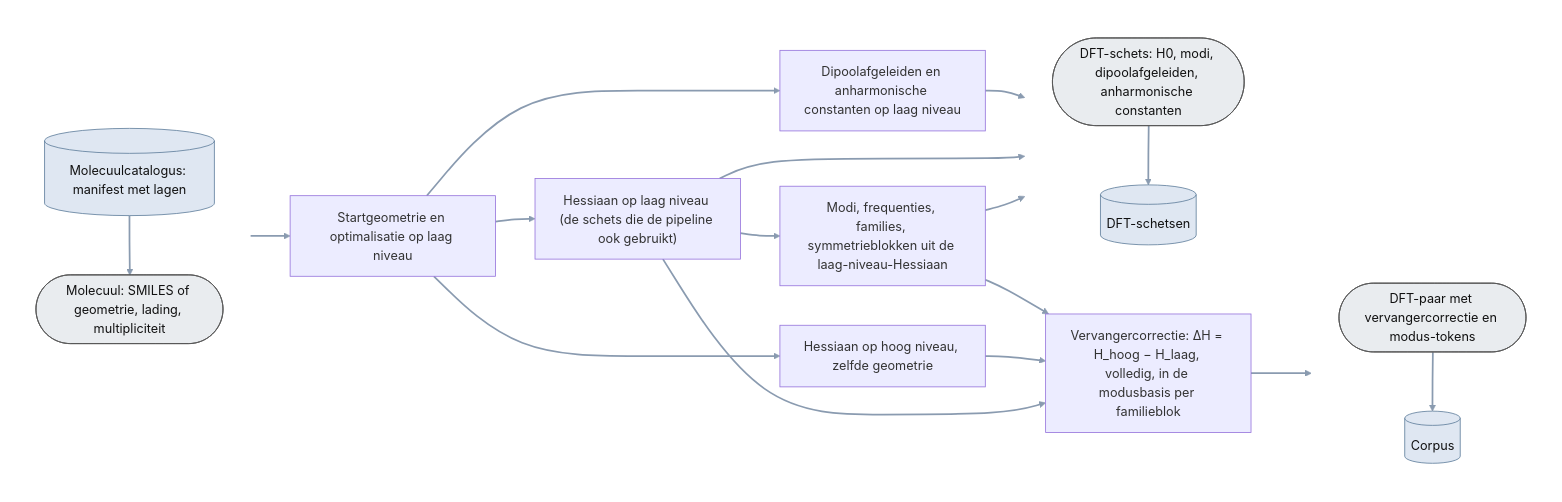
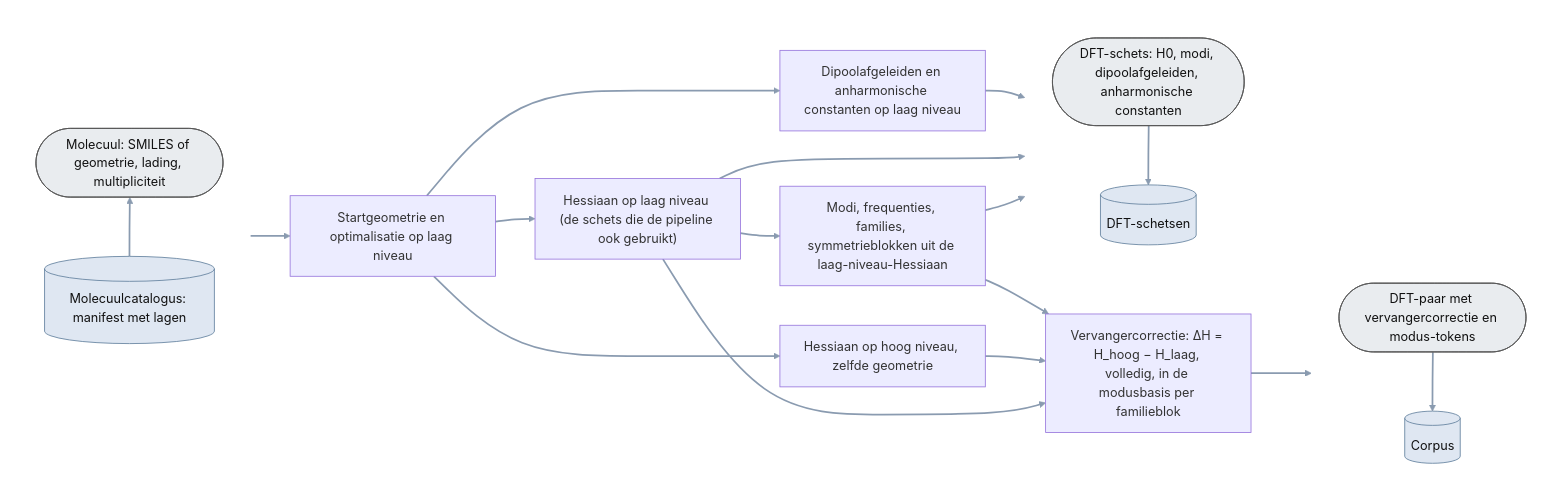
Before and after one commit to thebreadishard/udacity-capstone-plan: the third of 8 diagrams in plans/05_delta-probed-ir-pipeline/GoalGathering/architecture/ARCHITECTURE.md, drawn with Mermaid. The commit also changed other lines of this file and 5 other files, not shown here.

Commit message:
Plan 05 architecture: input stores drawn below their data objects with the arrow pointing up (direction BT), output stores below with the arrow down; all sheets

````diff
--- a/plans/05_delta-probed-ir-pipeline/GoalGathering/architecture/ARCHITECTURE.md
+++ b/plans/05_delta-probed-ir-pipeline/GoalGathering/architecture/ARCHITECTURE.md
@@ -136,46 +136,46 @@
 ```mermaid
 %% Datacreatie — het corpus: twee DFT-Hessianen per molecuul en wat eruit volgt (niveau 3).
 %% Rechthoek = processtap; ronde uiteinden = data-object; cilinder = opslag (onder het data-object). Alles bestaat.
 flowchart LR
   linkStyle default stroke:#8a9bb0,stroke-width:2.2px
   classDef data fill:#e9ecef,stroke:#555,color:#111
   classDef store fill:#dfe7f2,stroke:#5b7a99,color:#111
 
   subgraph IN [" "]
-    direction TB
+    direction BT
     MOL(["Molecuul: SMILES of geometrie, lading, multipliciteit"]):::data
     CAT[("Molecuulcatalogus: manifest met lagen")]:::store
     CAT --> MOL
   end
   GEO["Startgeometrie en optimalisatie op laag niveau"]
   HLO["Hessiaan op laag niveau (de schets die de pipeline ook gebruikt)"]
   HHI["Hessiaan op hoog niveau, zelfde geometrie"]
   DIP["Dipoolafgeleiden en anharmonische constanten op laag niveau"]
   MODES["Modi, frequenties, families, symmetrieblokken uit de laag-niveau-Hessiaan"]
   PROXY["Vervangercorrectie: ΔH = H_hoog − H_laag, volledig, in de modusbasis per familieblok"]
   subgraph OUT1 [" "]
     direction TB
     PAIR(["DFT-paar met vervangercorrectie en modus-tokens"]):::data
     CORPUS[("Corpus")]:::store
     PAIR --> CORPUS
   end
   subgraph OUT2 [" "]
     direction TB
     SK(["DFT-schets: H0, modi, dipoolafgeleiden, anharmonische constanten"]):::data
     SKETCHES[("DFT-schetsen")]:::store
     SK --> SKETCHES
   end
   style IN fill:none,stroke:none
   style OUT1 fill:none,stroke:none
   style OUT2 fill:none,stroke:none
 
   MOL --> GEO --> HLO --> MODES
   GEO --> HHI
   GEO --> DIP
   HLO --> PROXY
   HHI --> PROXY
   MODES --> PROXY --> PAIR
   MODES --> SK
   HLO --> SK
   DIP --> SK
 ```
````
